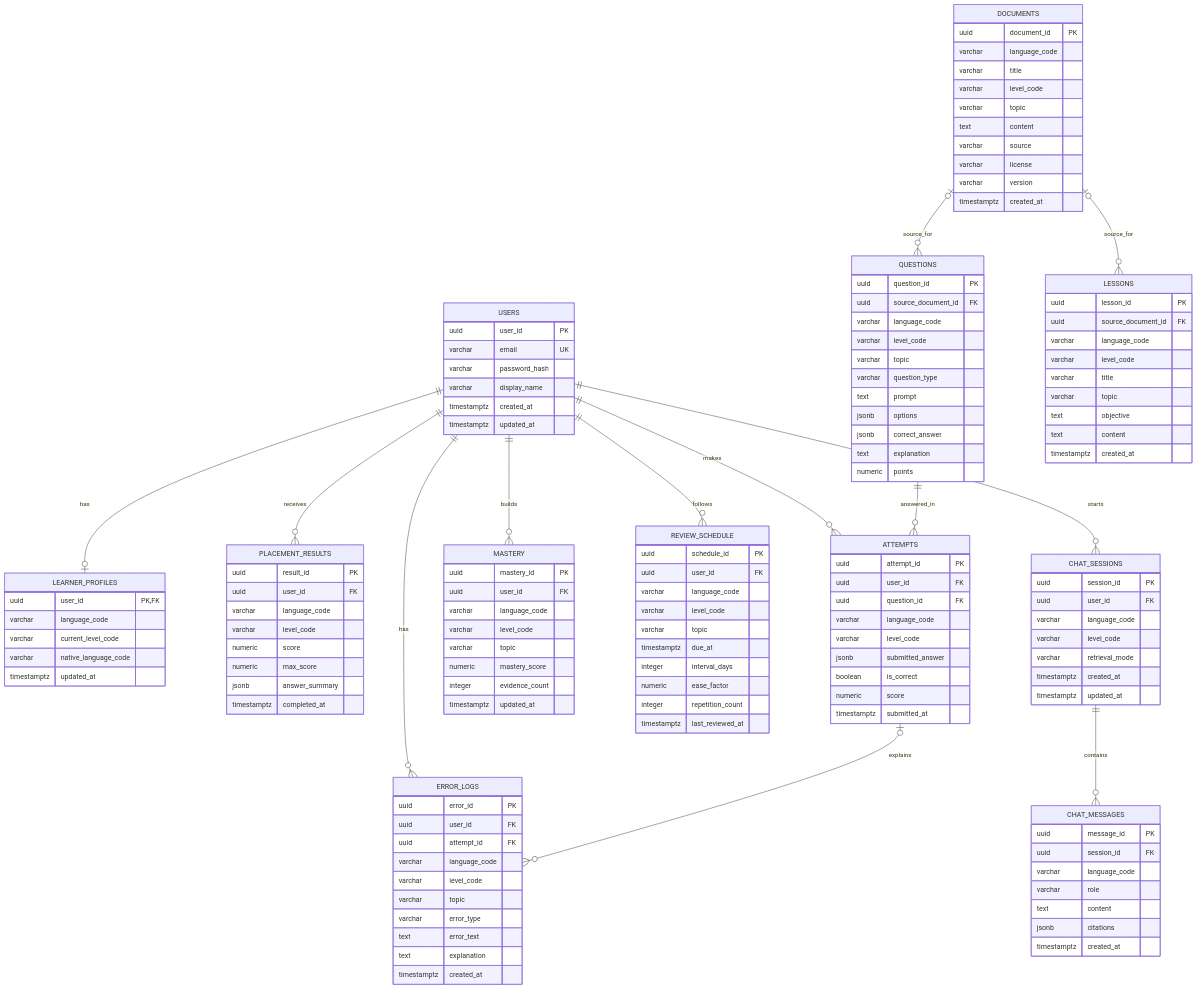
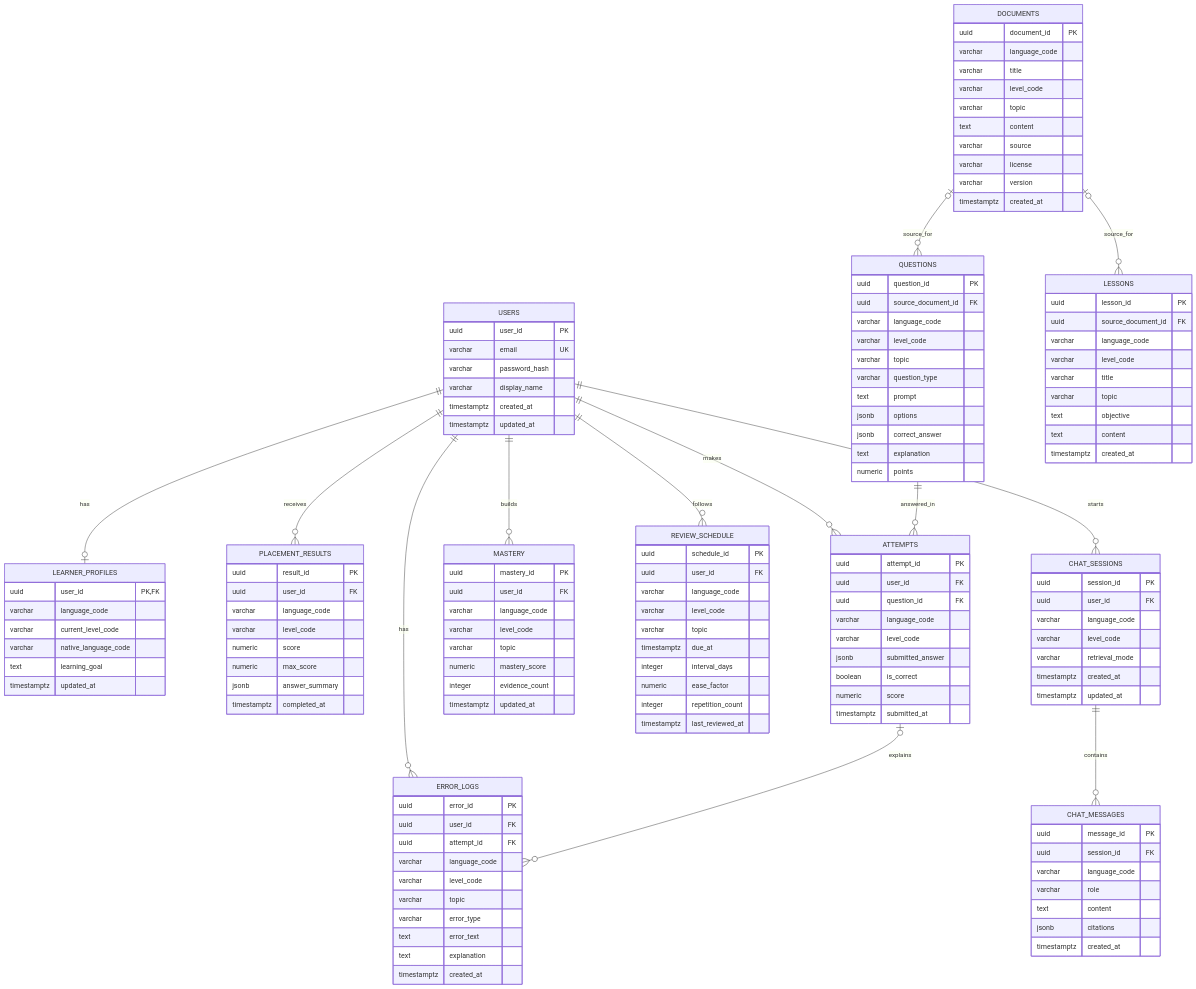
One commit to Matrixx2005/AI_Language_Tutor changed the diagram in docs/DATABASE_DESIGN.md. Above: the diagram before and after it, drawn with Mermaid. The commit also changed other lines of this file and 16 other files, not shown here.

```diff
--- a/docs/DATABASE_DESIGN.md
+++ b/docs/DATABASE_DESIGN.md
@@ -39,6 +39,7 @@
         varchar language_code
         varchar current_level_code
         varchar native_language_code
+        text learning_goal
         timestamptz updated_at
     }
     DOCUMENTS {
```
